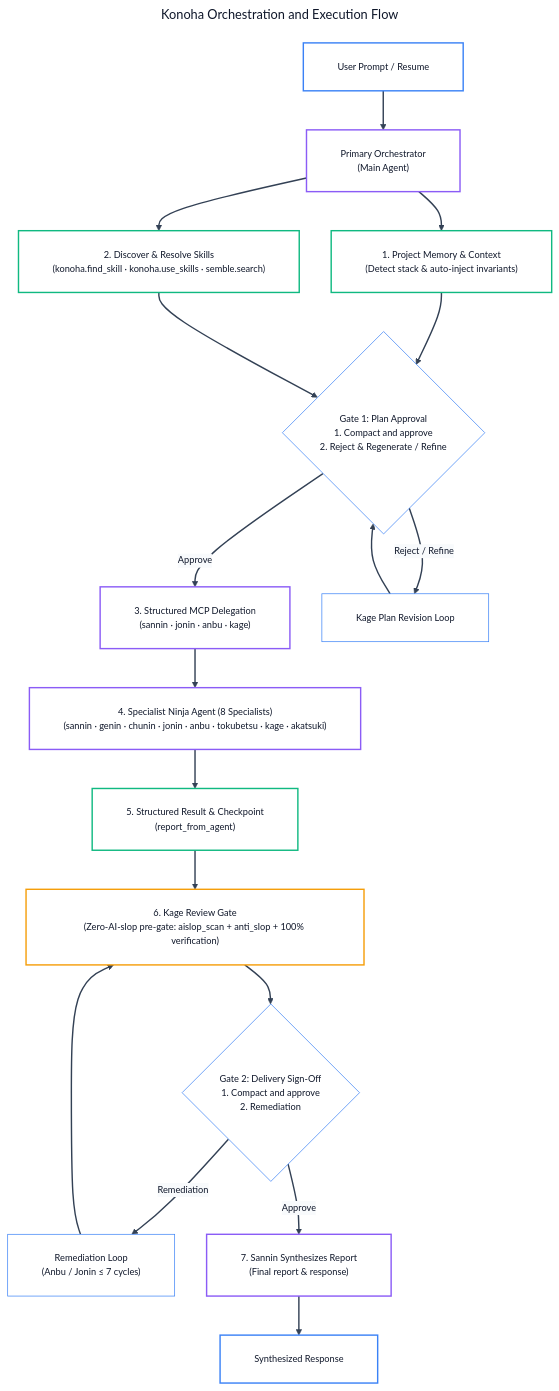
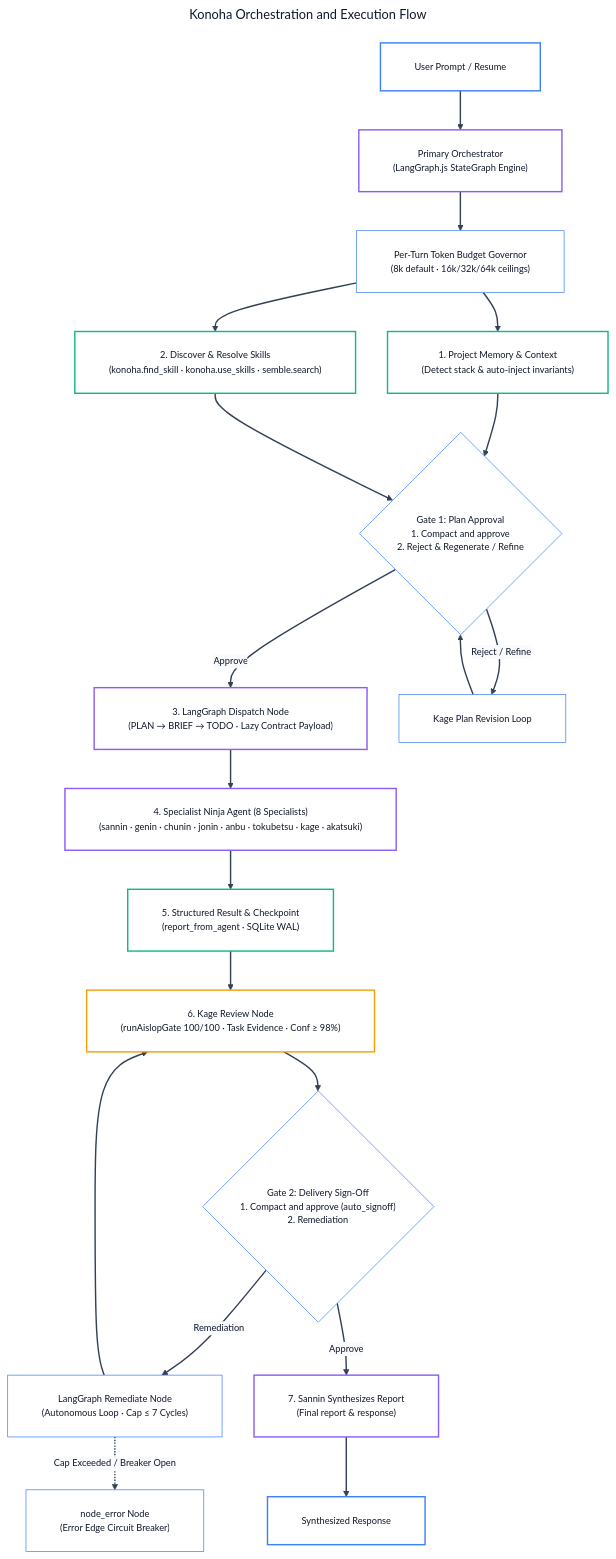
Before and after one commit to andycungkrinx91/konoha: the first of 3 diagrams in README.md, drawn with Mermaid. The commit also changed other lines of this file and 70 other files, not shown here.

Commit message:
feat(workflow): activate LangGraph.js production orchestration with per-turn token budget & error-edge circuit breaker (v2.2.17)

````diff
--- a/README.md
+++ b/README.md
@@ -101,52 +101,54 @@
 ```mermaid
 ---
 title: Konoha Orchestration and Execution Flow
 config:
   theme: base
   themeVariables:
     darkMode: false
     background: '#ffffff'
     mainBkg: '#ffffff'
     primaryColor: '#ffffff'
     primaryTextColor: '#0f172a'
     primaryBorderColor: '#3b82f6'
     lineColor: '#334155'
     arrowheadColor: '#334155'
     secondaryColor: '#f8fafc'
     tertiaryColor: '#ffffff'
     fontFamily: 'Inter, system-ui, -apple-system, sans-serif'
     fontSize: '13px'
   flowchart:
     nodeSpacing: 45
     rankSpacing: 55
     padding: 24
     wrappingWidth: 380
 ---
 flowchart TB
-    Prompt["User Prompt / Resume"] --> Orchestrator["Primary Orchestrator<br/>(Main Agent)"]
-    Orchestrator --> Context["1. Project Memory & Context<br/>(Detect stack & auto-inject invariants)"]
-    Orchestrator --> Discover["2. Discover & Resolve Skills<br/>(konoha.find_skill · konoha.use_skills · semble.search)"]
+    Prompt["User Prompt / Resume"] --> Orchestrator["Primary Orchestrator<br/>(LangGraph.js StateGraph Engine)"]
+    Orchestrator --> Governor["Per-Turn Token Budget Governor<br/>(8k default · 16k/32k/64k ceilings)"]
+    Governor --> Context["1. Project Memory & Context<br/>(Detect stack & auto-inject invariants)"]
+    Governor --> Discover["2. Discover & Resolve Skills<br/>(konoha.find_skill · konoha.use_skills · semble.search)"]
     Context --> Gate1{"Gate 1: Plan Approval<br/>1. Compact and approve<br/>2. Reject & Regenerate / Refine"}
     Discover --> Gate1
-    Gate1 -->|Approve| Delegate["3. Structured MCP Delegation<br/>(sannin · jonin · anbu · kage)"]
+    Gate1 -->|Approve| Delegate["3. LangGraph Dispatch Node<br/>(PLAN → BRIEF → TODO · Lazy Contract Payload)"]
     Gate1 -->|Reject / Refine| PlanRebuild["Kage Plan Revision Loop"]
     PlanRebuild --> Gate1
     Delegate --> Agent["4. Specialist Ninja Agent (8 Specialists)<br/>(sannin · genin · chunin · jonin · anbu · tokubetsu · kage · akatsuki)"]
-    Agent --> Report["5. Structured Result & Checkpoint<br/>(report_from_agent)"]
-    Report --> Review["6. Kage Review Gate<br/>(Zero-AI-slop pre-gate: aislop_scan + anti_slop + 100% verification)"]
-    Review --> Gate2{"Gate 2: Delivery Sign-Off<br/>1. Compact and approve<br/>2. Remediation"}
-    Gate2 -->|Remediation| Remediate["Remediation Loop<br/>(Anbu / Jonin ≤ 7 cycles)"]
+    Agent --> Report["5. Structured Result & Checkpoint<br/>(report_from_agent · SQLite WAL)"]
+    Report --> Review["6. Kage Review Node<br/>(runAislopGate 100/100 · Task Evidence · Conf ≥ 98%)"]
+    Review --> Gate2{"Gate 2: Delivery Sign-Off<br/>1. Compact and approve (auto_signoff)<br/>2. Remediation"}
+    Gate2 -->|Remediation| Remediate["LangGraph Remediate Node<br/>(Autonomous Loop · Cap ≤ 7 Cycles)"]
     Remediate --> Review
+    Remediate -.->|Cap Exceeded / Breaker Open| NodeError["node_error Node<br/>(Error Edge Circuit Breaker)"]
     Gate2 -->|Approve| Synthesize["7. Sannin Synthesizes Report<br/>(Final report & response)"]
     Synthesize --> Response["Synthesized Response"]
 
     linkStyle default stroke:#334155,stroke-width:2px;
     classDef userNode fill:#ffffff,stroke:#3b82f6,color:#0f172a,stroke-width:2px;
     classDef orchNode fill:#ffffff,stroke:#8b5cf6,color:#0f172a,stroke-width:2px;
     classDef mcpNode fill:#ffffff,stroke:#10b981,color:#0f172a,stroke-width:2px;
     classDef reviewNode fill:#ffffff,stroke:#f59e0b,color:#0f172a,stroke-width:2px;
     class Prompt,Response userNode;
     class Orchestrator,Synthesize,Delegate,Agent orchNode;
     class Context,Discover,Report mcpNode;
     class Review reviewNode;
 ```
````
